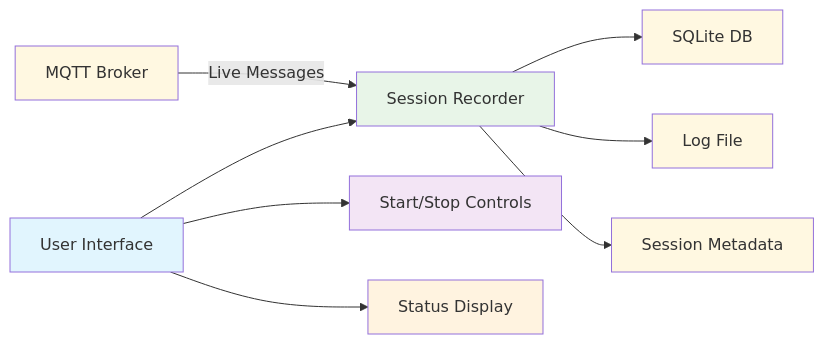
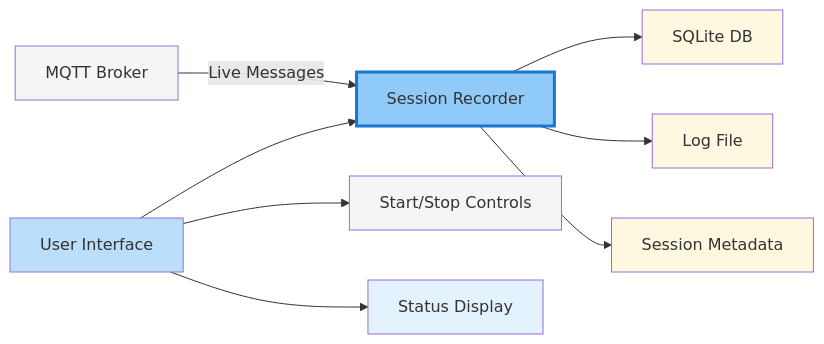
The first of 2 diagrams in docs/04-howto/helper_apps/session-manager/session-recorder.md (OliverBerger-ORBIS/ORBIS-Modellfabrik), drawn with Mermaid before and after one commit. The commit also changed other lines of this file and 14 other files, not shown here.

First line of the commit message:
feat: update Mermaid color palette and clean up validation rules

````diff
--- a/docs/04-howto/helper_apps/session-manager/session-recorder.md
+++ b/docs/04-howto/helper_apps/session-manager/session-recorder.md
@@ -9,20 +16,20 @@
 ```mermaid
 graph LR
     A[MQTT Broker] -->|Live Messages| B[Session Recorder]
     B --> C[SQLite DB]
     B --> D[Log File]
     B --> E[Session Metadata]
     
     F[User Interface] --> B
     F --> G[Start/Stop Controls]
     F --> H[Status Display]
     
-    style A fill:#fff8e1
-    style B fill:#e8f5e8
+    style A fill:#f5f5f5
+    style B fill:#90caf9,stroke:#1976d2,stroke-width:3px
     style C fill:#fff8e1
     style D fill:#fff8e1
     style E fill:#fff8e1
-    style F fill:#e1f5fe
-    style G fill:#f3e5f5
-    style H fill:#fff3e0
+    style F fill:#bbdefb
+    style G fill:#f5f5f5
+    style H fill:#e3f2fd
 ```
````
